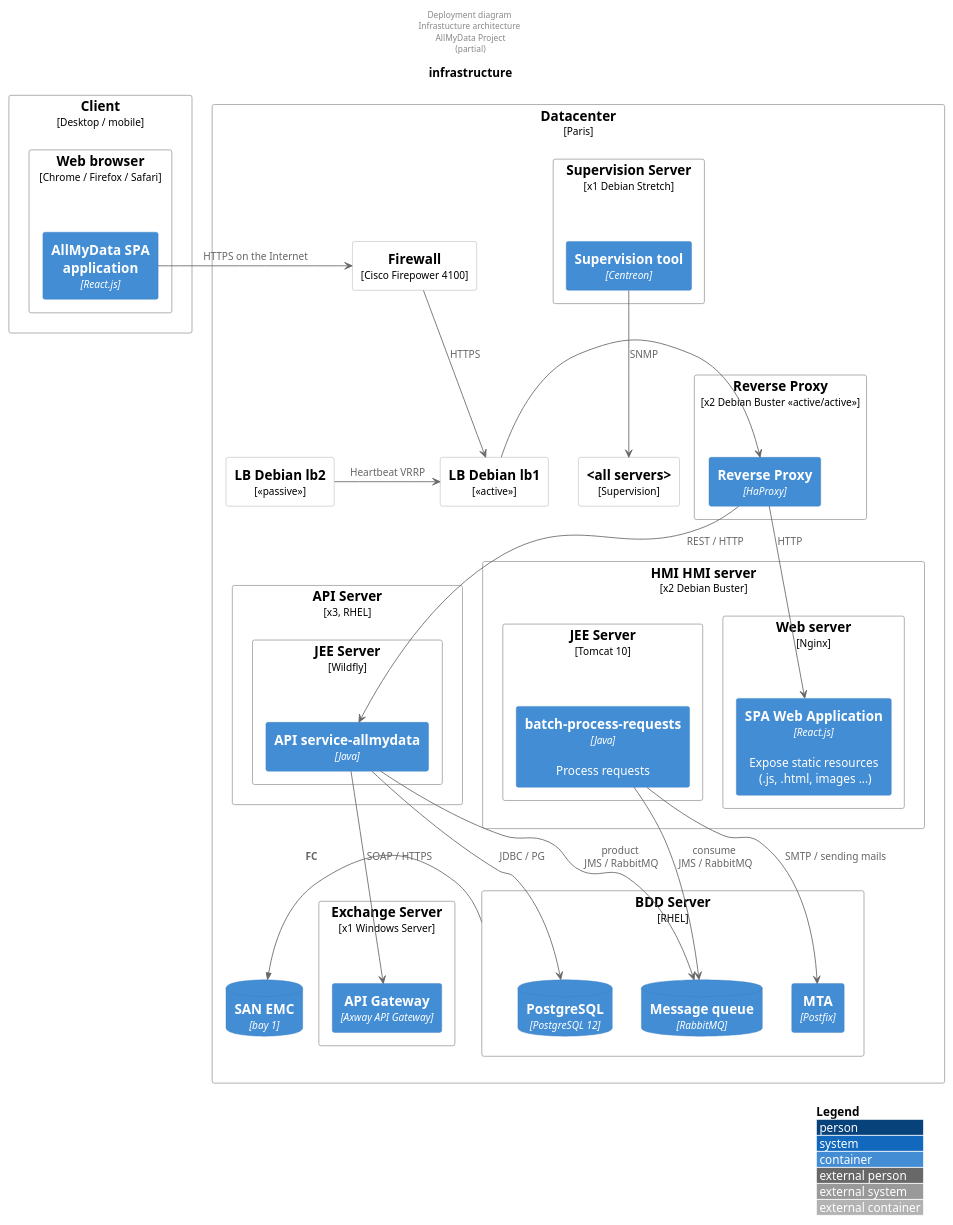
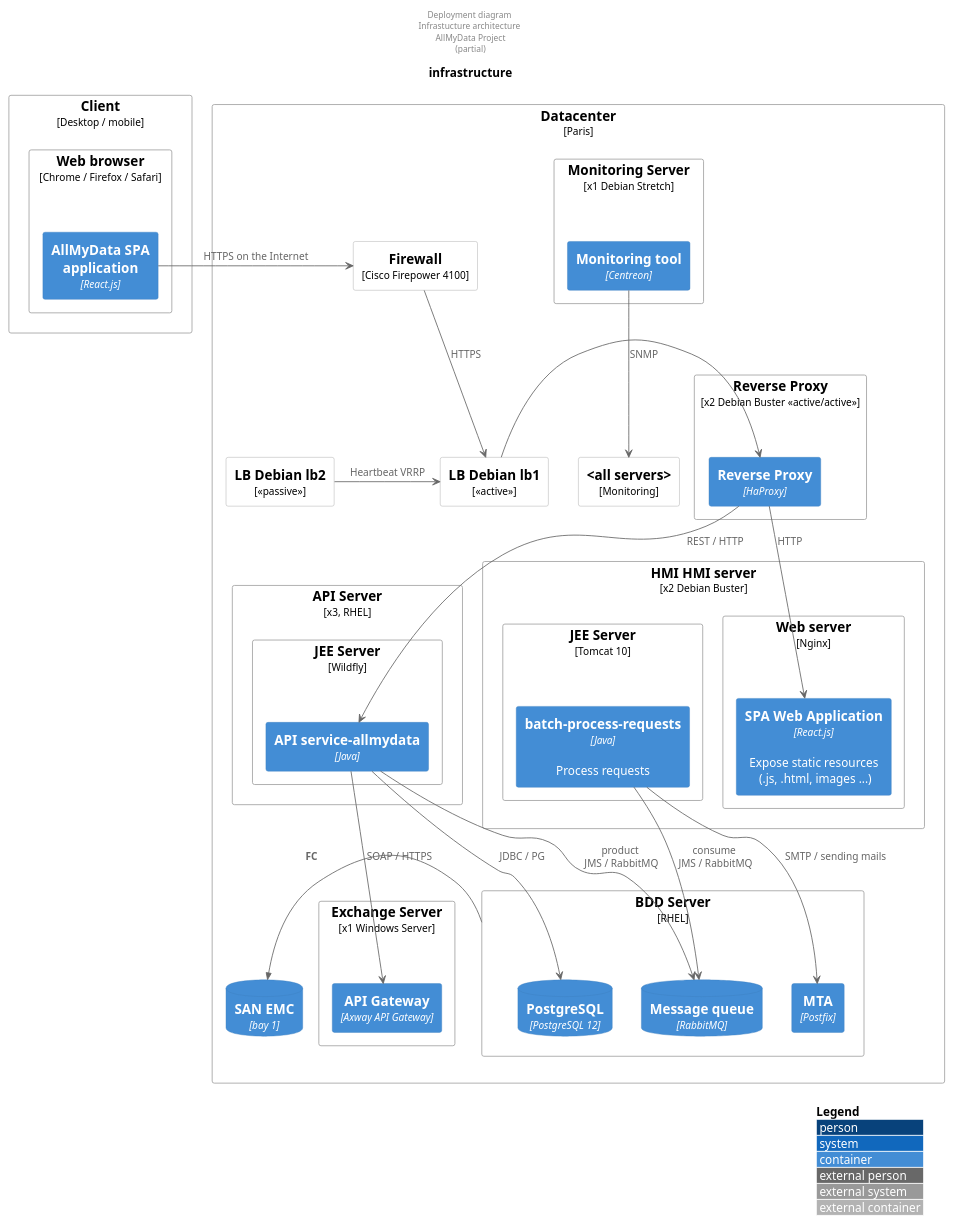
The diagram in diagrams/infra.puml (bflorat/architecture-document-template), drawn with PlantUML before and after one commit. The commit also changed 4 other files, not shown here.

Commit message:
fix: supervision -> monitoring

```diff
--- a/diagrams/infra.puml
+++ b/diagrams/infra.puml
@@ -1,71 +1,71 @@
 @startuml
 !include C4/C4_Deployment.puml
 title infrastructure
 header Deployment diagram \nInfrastucture architecture \n AllMyData Project \n(partial)
 LAYOUT_WITH_LEGEND()
 
 
 Node("client", "Client", "Desktop / mobile") {
   Node("nav1", "Web browser", "Chrome / Firefox / Safari") {
     Container("spa", "AllMyData SPA application", "React.js")
   }
 }
 
 Node("dc", "Datacenter", "Paris") {
     Node("r2", "Firewall", "Cisco Firepower 4100")
     Node("lb1", "LB Debian lb1", "<<active>>")
     Node("lb2", "LB Debian lb2", "<<passive>>")
 
     Node("rp1", "Reverse Proxy", "x2 Debian Buster <<active/active>>") {
       Container("ha1", "Reverse Proxy", "HaProxy")
     }
 
     Node("server_gui", "HMI HMI server", "x2 Debian Buster") {
       Node("sw1", "Web server", "Nginx") {
         Container("guis1", "SPA Web Application", "React.js", "Expose static resources \n (.js, .html, images ...)")
       }
       Node("tomcat_batchs1", "JEE Server", "Tomcat 10") {
         Container("batch1", "batch-process-requests", "Java", "Process requests")
       }
     }
 
     Node("API_server", "API Server", "x3, RHEL") {
       Node("wilfly1", "JEE Server", "Wildfly") {
         Container("api1", "API service-allmydata", "Java")
       }
     }
 
     Node("bdd1", "BDD Server", "RHEL") {
       ContainerDb("pg1", "PostgreSQL", "PostgreSQL 12")
       ContainerDb("mq1", "Message queue", "RabbitMQ")
       Container("mail1", "MTA", "Postfix")
     }
 
-    Node("sup1_server", "Supervision Server", "x1 Debian Stretch") {
-      Container("sup1", "Supervision tool", "Centreon")
+    Node("sup1_server", "Monitoring Server", "x1 Debian Stretch") {
+      Container("sup1", "Monitoring tool", "Centreon")
     }
 
     Node("ech1", "Exchange Server", "x1 Windows Server") {
       Container("gw1", "API Gateway", "Axway API Gateway")
     }
 
     ContainerDb("bay1", "SAN EMC", "bay 1")
-    Node("all_servers", "<all servers>", "Supervision")
+    Node("all_servers", "<all servers>", "Monitoring")
 }
 
 spa -> r2 : HTTPS on the Internet
 r2 --> lb1 : HTTPS
 lb2 -> lb1 : Heartbeat VRRP
 lb1 -> ha1
 ha1 --> guis1 : HTTP
 api1 -> mq1 : product \n JMS / RabbitMQ
 batch1 --> mq1 : consume \n JMS / RabbitMQ
 api1 --> pg1: JDBC / PG
 batch1 --> mail1 : SMTP / sending mails
 api1 --> gw1 : SOAP / HTTPS
 ha1 --> api1 : REST / HTTP
 sup1 --> all_servers : SNMP
 
 Rel_Left("bdd1", "bay1", "FC")
 
 @enduml
```
